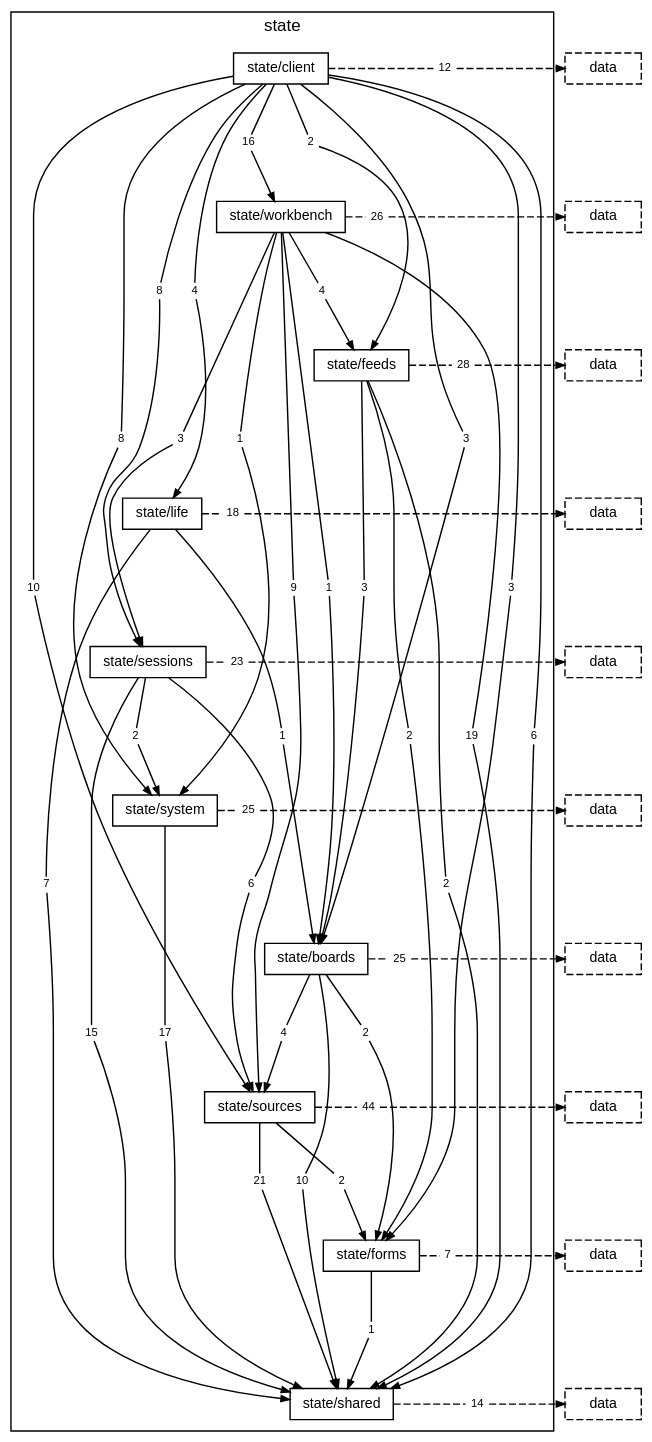
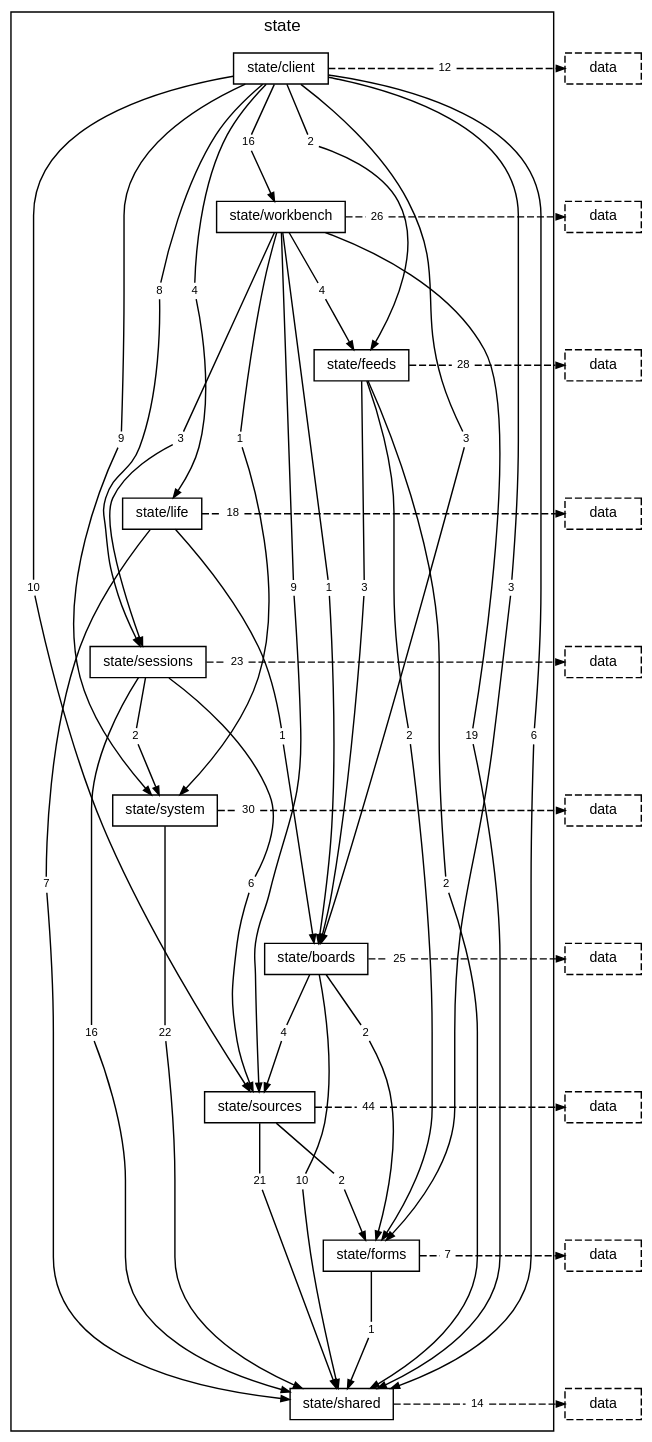
One commit to TheAxeC/oculus changed the diagram in docs/diagrams/layer-state.dot. Above: the diagram before and after it, drawn with Graphviz. The commit also changed 84 other files, not shown here.

```diff
--- a/docs/diagrams/layer-state.dot
+++ b/docs/diagrams/layer-state.dot
@@ -21,7 +21,7 @@
         "folder state/client to folder state/sessions" [label="8", shape=box, color="transparent", fontsize=8, width=0, height=0, margin="0.04,0.02"];
         "folder state/client to folder state/shared" [label="6", shape=box, color="transparent", fontsize=8, width=0, height=0, margin="0.04,0.02"];
         "folder state/client to folder state/sources" [label="10", shape=box, color="transparent", fontsize=8, width=0, height=0, margin="0.04,0.02"];
-        "folder state/client to folder state/system" [label="8", shape=box, color="transparent", fontsize=8, width=0, height=0, margin="0.04,0.02"];
+        "folder state/client to folder state/system" [label="9", shape=box, color="transparent", fontsize=8, width=0, height=0, margin="0.04,0.02"];
         "folder state/client to folder state/workbench" [label="16", shape=box, color="transparent", fontsize=8, width=0, height=0, margin="0.04,0.02"];
         "folder state/client to layer data" [label="12", shape=box, color="transparent", fontsize=8, width=0, height=0, margin="0.04,0.02"];
         "folder state/workbench to folder state/boards" [label="1", shape=box, color="transparent", fontsize=8, width=0, height=0, margin="0.04,0.02"];
@@ -38,12 +38,12 @@
         "folder state/life to folder state/boards" [label="1", shape=box, color="transparent", fontsize=8, width=0, height=0, margin="0.04,0.02"];
         "folder state/life to folder state/shared" [label="7", shape=box, color="transparent", fontsize=8, width=0, height=0, margin="0.04,0.02"];
         "folder state/life to layer data" [label="18", shape=box, color="transparent", fontsize=8, width=0, height=0, margin="0.04,0.02"];
-        "folder state/sessions to folder state/shared" [label="15", shape=box, color="transparent", fontsize=8, width=0, height=0, margin="0.04,0.02"];
+        "folder state/sessions to folder state/shared" [label="16", shape=box, color="transparent", fontsize=8, width=0, height=0, margin="0.04,0.02"];
         "folder state/sessions to folder state/sources" [label="6", shape=box, color="transparent", fontsize=8, width=0, height=0, margin="0.04,0.02"];
         "folder state/sessions to folder state/system" [label="2", shape=box, color="transparent", fontsize=8, width=0, height=0, margin="0.04,0.02"];
         "folder state/sessions to layer data" [label="23", shape=box, color="transparent", fontsize=8, width=0, height=0, margin="0.04,0.02"];
-        "folder state/system to folder state/shared" [label="17", shape=box, color="transparent", fontsize=8, width=0, height=0, margin="0.04,0.02"];
-        "folder state/system to layer data" [label="25", shape=box, color="transparent", fontsize=8, width=0, height=0, margin="0.04,0.02"];
+        "folder state/system to folder state/shared" [label="22", shape=box, color="transparent", fontsize=8, width=0, height=0, margin="0.04,0.02"];
+        "folder state/system to layer data" [label="30", shape=box, color="transparent", fontsize=8, width=0, height=0, margin="0.04,0.02"];
         "folder state/boards to folder state/forms" [label="2", shape=box, color="transparent", fontsize=8, width=0, height=0, margin="0.04,0.02"];
         "folder state/boards to folder state/shared" [label="10", shape=box, color="transparent", fontsize=8, width=0, height=0, margin="0.04,0.02"];
         "folder state/boards to folder state/sources" [label="4", shape=box, color="transparent", fontsize=8, width=0, height=0, margin="0.04,0.02"];
```
